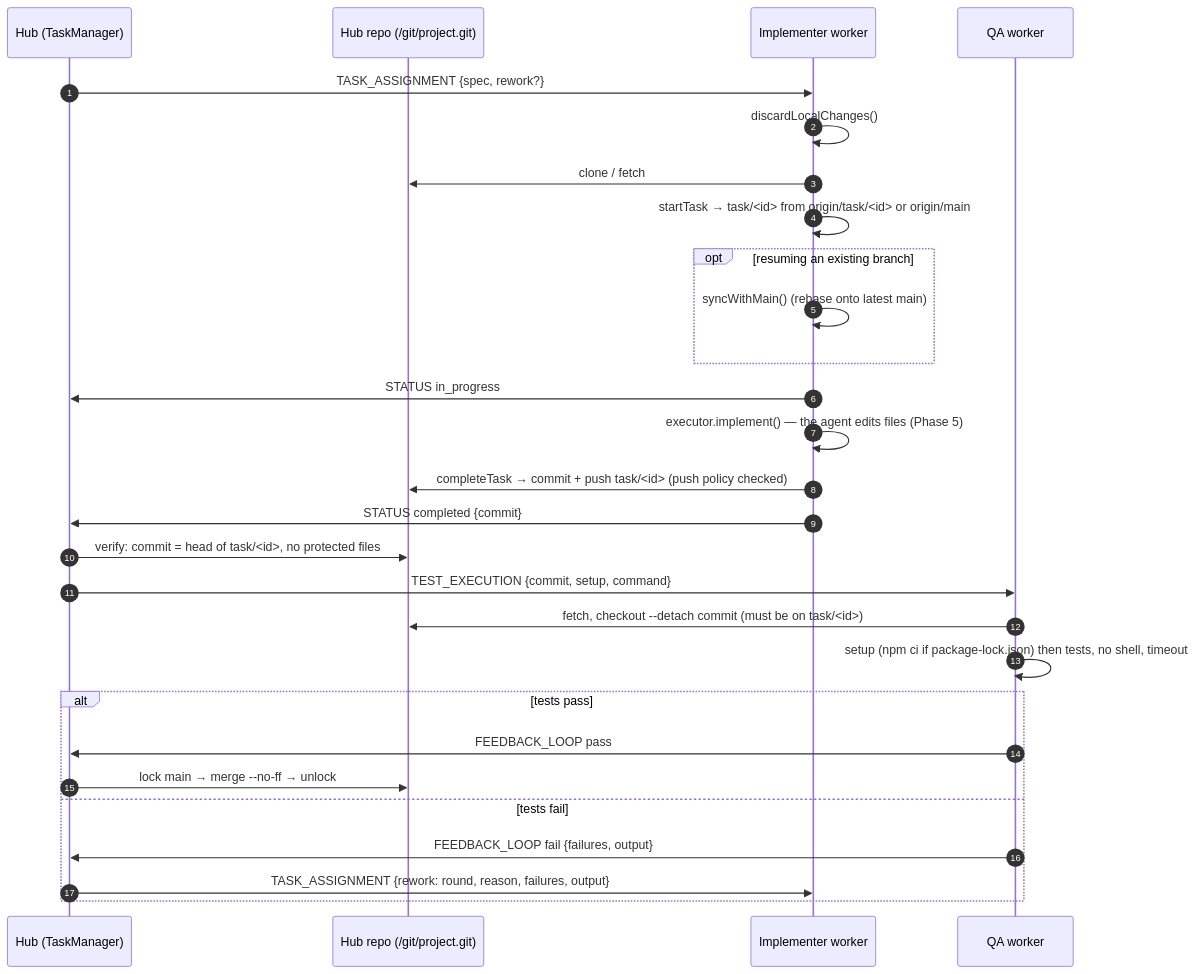
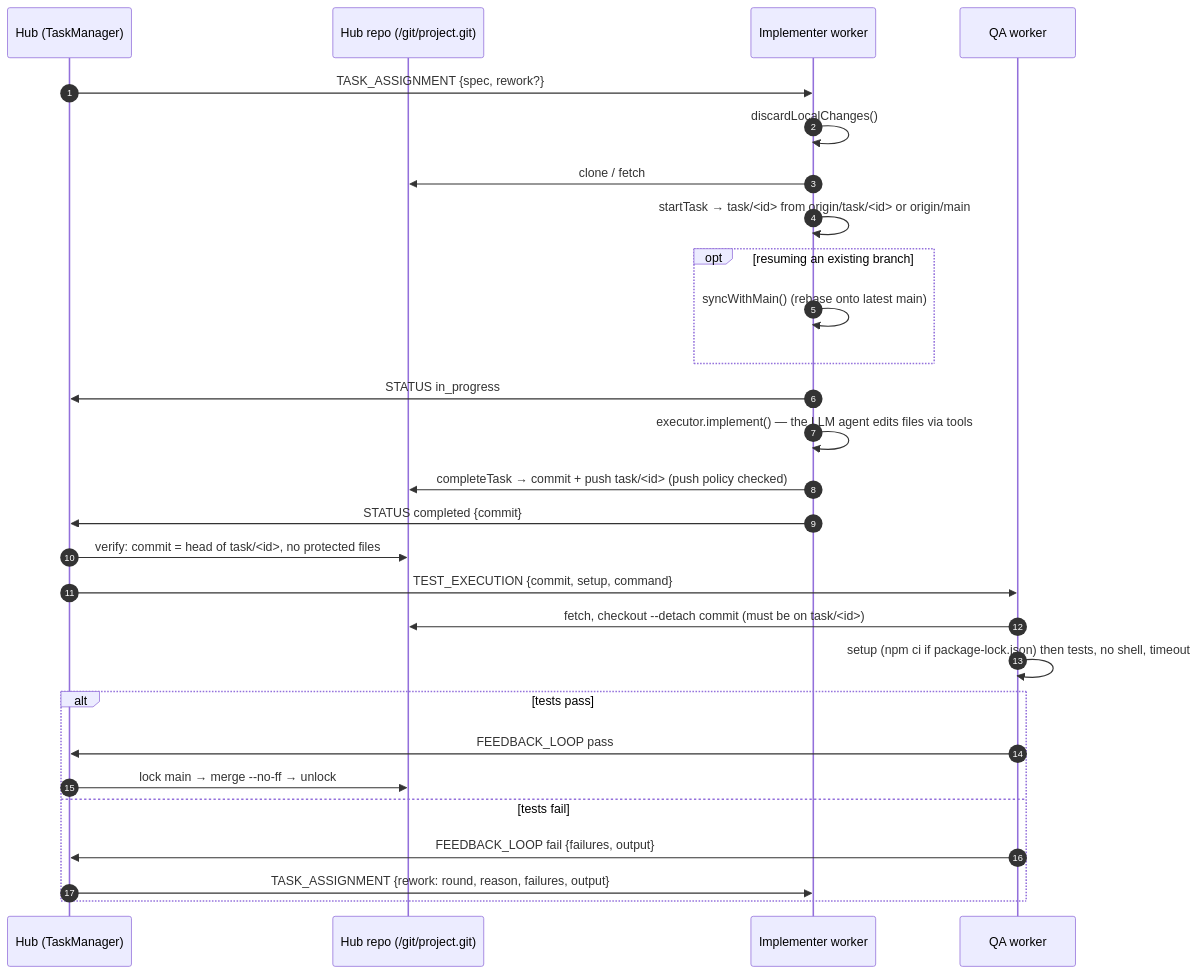
Before and after one commit to Sys64k/ai-swarm-orchestrator: the eighth of 11 diagrams in ARCHITECTURE.md, drawn with Mermaid. The commit also changed other lines of this file and 33 other files, not shown here.

````diff
--- a/ARCHITECTURE.md
+++ b/ARCHITECTURE.md
@@ -372,31 +378,31 @@
 ```mermaid
 sequenceDiagram
   autonumber
   participant H as Hub (TaskManager)
   participant R as Hub repo (/git/project.git)
   participant W as Implementer worker
   participant Q as QA worker
 
   H->>W: TASK_ASSIGNMENT {spec, rework?}
   W->>W: discardLocalChanges()
   W->>R: clone / fetch
   W->>W: startTask → task/<id> from origin/task/<id> or origin/main
   opt resuming an existing branch
     W->>W: syncWithMain() (rebase onto latest main)
   end
   W->>H: STATUS in_progress
-  W->>W: executor.implement() — the agent edits files (Phase 5)
+  W->>W: executor.implement() — the LLM agent edits files via tools
   W->>R: completeTask → commit + push task/<id> (push policy checked)
   W->>H: STATUS completed {commit}
   H->>R: verify: commit = head of task/<id>, no protected files
   H->>Q: TEST_EXECUTION {commit, setup, command}
   Q->>R: fetch, checkout --detach commit (must be on task/<id>)
   Q->>Q: setup (npm ci if package-lock.json) then tests, no shell, timeout
   alt tests pass
     Q->>H: FEEDBACK_LOOP pass
     H->>R: lock main → merge --no-ff → unlock
   else tests fail
     Q->>H: FEEDBACK_LOOP fail {failures, output}
     H->>W: TASK_ASSIGNMENT {rework: round, reason, failures, output}
   end
 ```
````
